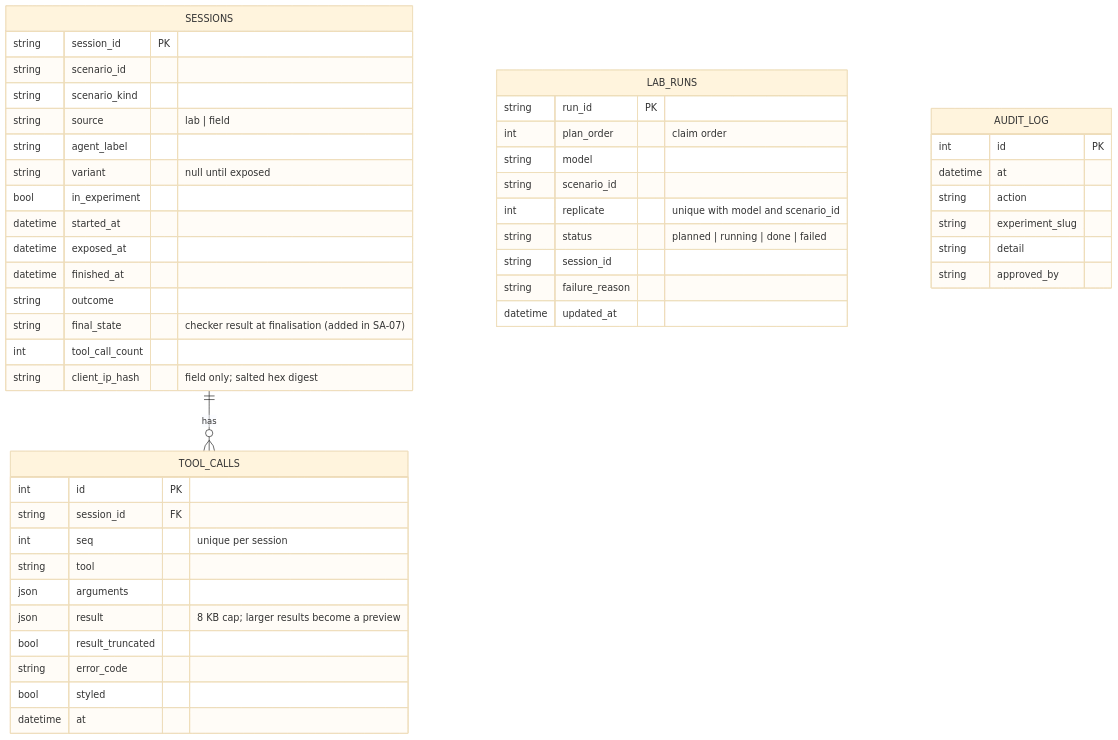
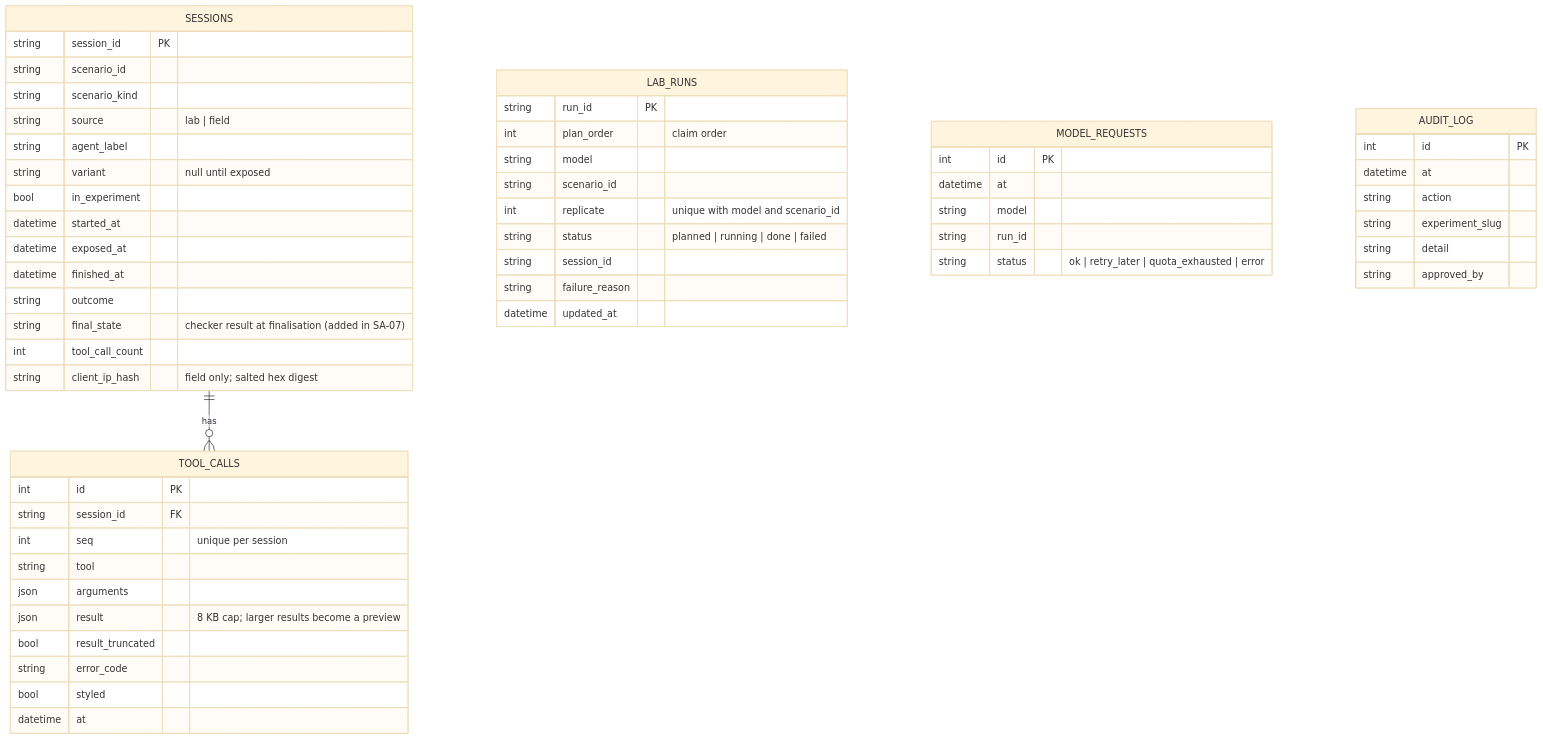
One commit to Ishaan2053/second-audience changed the second of 3 diagrams in docs/02-architecture.md. Above: the diagram before and after it, drawn with Mermaid (base theme). The commit also changed other lines of this file and 15 other files, not shown here.

````diff
--- a/docs/02-architecture.md
+++ b/docs/02-architecture.md
@@ -319,51 +322,58 @@
 ```mermaid
 erDiagram
     SESSIONS ||--o{ TOOL_CALLS : has
     SESSIONS {
         string session_id PK
         string scenario_id
         string scenario_kind
         string source "lab | field"
         string agent_label
         string variant "null until exposed"
         bool in_experiment
         datetime started_at
         datetime exposed_at
         datetime finished_at
         string outcome
         string final_state "checker result at finalisation (added in SA-07)"
         int tool_call_count
         string client_ip_hash "field only; salted hex digest"
     }
     TOOL_CALLS {
         int id PK
         string session_id FK
         int seq "unique per session"
         string tool
         json arguments
         json result "8 KB cap; larger results become a preview"
         bool result_truncated
         string error_code
         bool styled
         datetime at
     }
     LAB_RUNS {
         string run_id PK
         int plan_order "claim order"
         string model
         string scenario_id
         int replicate "unique with model and scenario_id"
         string status "planned | running | done | failed"
         string session_id
         string failure_reason
         datetime updated_at
     }
+    MODEL_REQUESTS {
+        int id PK
+        datetime at
+        string model
+        string run_id
+        string status "ok | retry_later | quota_exhausted | error"
+    }
     AUDIT_LOG {
         int id PK
         datetime at
         string action
         string experiment_slug
         string detail
         string approved_by
     }
 ```
````
